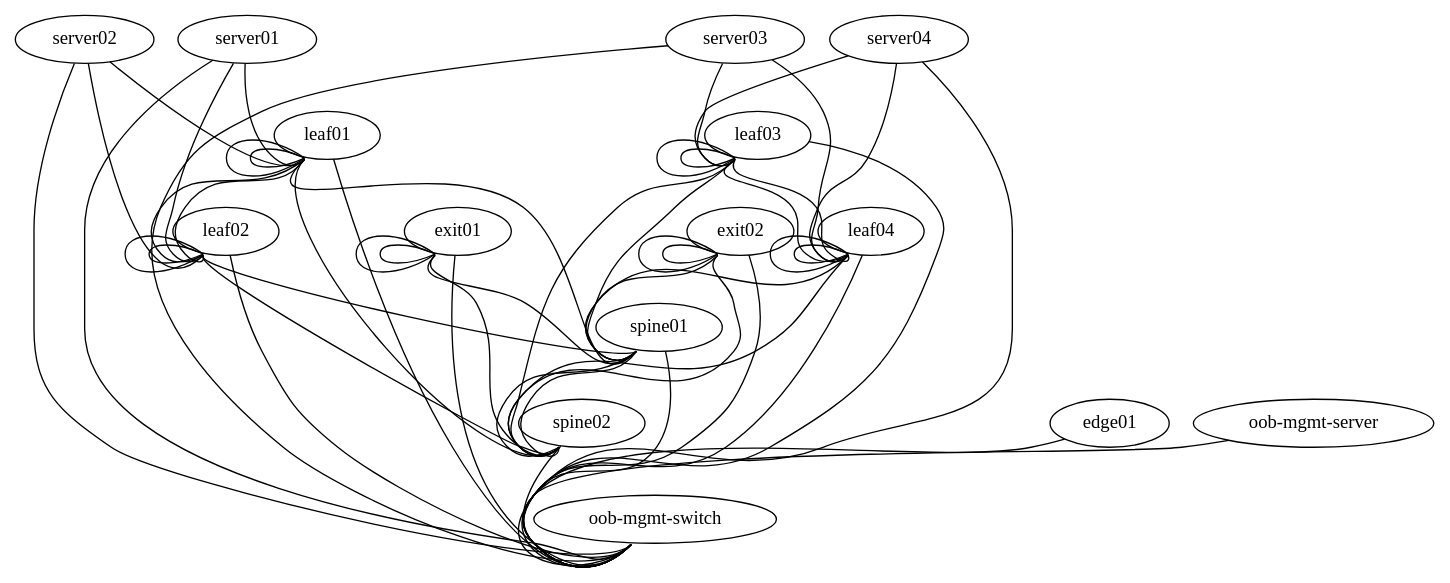
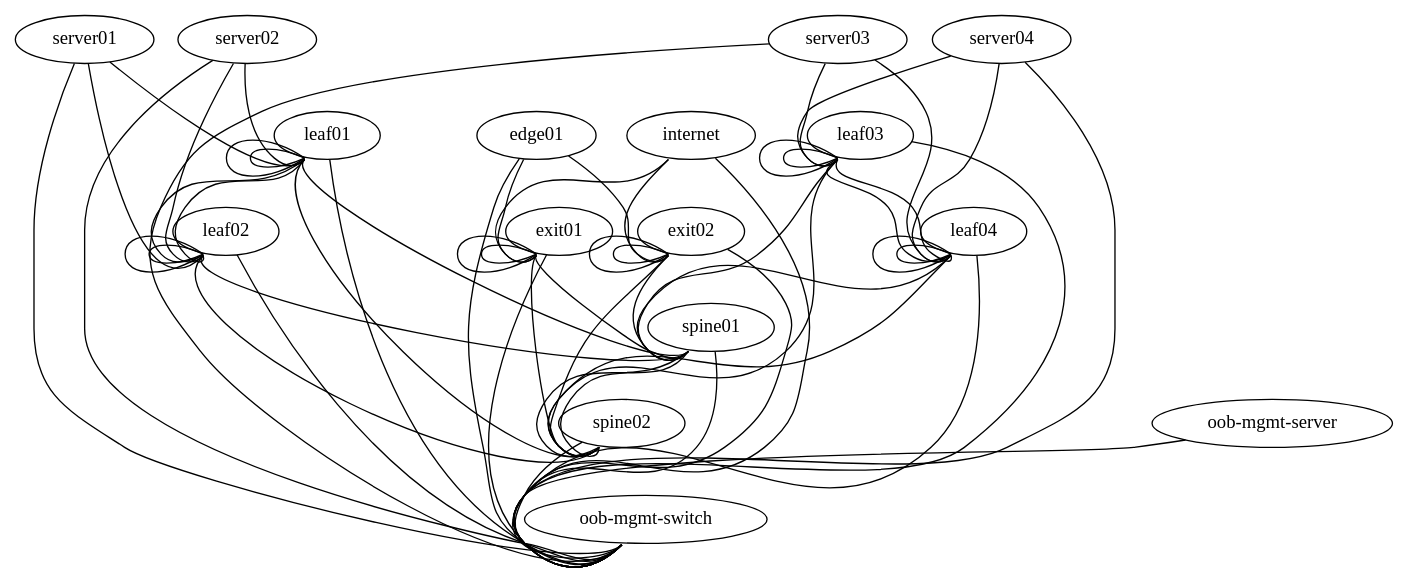
One commit to StefTN/cldemo-vagrant_quagga changed the diagram in topology.dot. Above: the diagram before and after it, drawn with Graphviz. The commit also changed 8 other files, not shown here.

```diff
--- a/topology.dot
+++ b/topology.dot
@@ -1,79 +1,84 @@
 graph vx {
  "leaf01" [function="leaf" os="CumulusCommunity/cumulus-vx" memory="512" config="./helper_scripts/config_switch.sh" mgmt_ip="192.168.0.11"]
  "leaf02" [function="leaf" os="CumulusCommunity/cumulus-vx" memory="512" config="./helper_scripts/config_switch.sh" mgmt_ip="192.168.0.12"]
  "leaf03" [function="leaf" os="CumulusCommunity/cumulus-vx" memory="512" config="./helper_scripts/config_switch.sh" mgmt_ip="192.168.0.13"]
  "leaf04" [function="leaf" os="CumulusCommunity/cumulus-vx" memory="512" config="./helper_scripts/config_switch.sh" mgmt_ip="192.168.0.14"]
  "spine01" [function="spine" os="CumulusCommunity/cumulus-vx" memory="512" config="./helper_scripts/config_switch.sh" mgmt_ip="192.168.0.21"]
  "spine02" [function="spine" os="CumulusCommunity/cumulus-vx" memory="512" config="./helper_scripts/config_switch.sh" mgmt_ip="192.168.0.22"]
  "exit01" [function="exit" os="CumulusCommunity/cumulus-vx" memory="512" config="./helper_scripts/config_switch.sh" mgmt_ip="192.168.0.41"]
  "exit02" [function="exit" os="CumulusCommunity/cumulus-vx" memory="512" config="./helper_scripts/config_switch.sh" mgmt_ip="192.168.0.42"]
  "server01" [function="host" os="boxcutter/ubuntu1404" memory="512" ubuntu=True config="./helper_scripts/config_server.sh" mgmt_ip="192.168.0.31"]
  "server02" [function="host" os="boxcutter/ubuntu1404" memory="512" ubuntu=True config="./helper_scripts/config_server.sh" mgmt_ip="192.168.0.32"]
  "server03" [function="host" os="boxcutter/ubuntu1404" memory="512" ubuntu=True config="./helper_scripts/config_server.sh" mgmt_ip="192.168.0.33"]
  "server04" [function="host" os="boxcutter/ubuntu1404" memory="512" ubuntu=True config="./helper_scripts/config_server.sh" mgmt_ip="192.168.0.34"]
  "edge01" [function="host" os="boxcutter/ubuntu1404" memory="512" ubuntu=True config="./helper_scripts/config_server.sh" mgmt_ip="192.168.0.51"]
- "oob-mgmt-switch" [function="oob-switch" vagrant=False os="CumulusCommunity/cumulus-vx" memory="256" config="./helper_scripts/config_oob_switch.sh" mgmt_ip="192.168.0.1"]
- "oob-mgmt-server" [function="oob-server" vagrant=False os="boxcutter/ubuntu1404" memory="1024" ubuntu=True config="./helper_scripts/config_oob_server.sh" mgmt_ip="192.168.0.254"]
+ "internet" [function="internet" vagrant="swp48" os="CumulusCommunity/cumulus-vx" memory="256" config="./helper_scripts/config_internet.sh" mgmt_ip="192.168.0.253"]
+ "oob-mgmt-switch" [function="oob-switch" vagrant="eth0" os="CumulusCommunity/cumulus-vx" memory="256" config="./helper_scripts/config_oob_switch.sh" mgmt_ip="192.168.0.1"]
+ "oob-mgmt-server" [function="oob-server" ansible=True vagrant="eth0" os="boxcutter/ubuntu1404" memory="1024" ubuntu=True config="./helper_scripts/config_oob_server.sh" mgmt_ip="192.168.0.254"]
 
  "leaf01":"swp51" -- "spine01":"swp1"
  "leaf02":"swp51" -- "spine01":"swp2"
  "leaf03":"swp51" -- "spine01":"swp3"
  "leaf04":"swp51" -- "spine01":"swp4"
  "leaf01":"swp52" -- "spine02":"swp1"
  "leaf02":"swp52" -- "spine02":"swp2"
  "leaf03":"swp52" -- "spine02":"swp3"
  "leaf04":"swp52" -- "spine02":"swp4"
 
  "leaf01":"swp49" -- "leaf02":"swp49"
  "leaf01":"swp50" -- "leaf02":"swp50"
  "leaf03":"swp49" -- "leaf04":"swp49"
  "leaf03":"swp50" -- "leaf04":"swp50"
 
  "spine01":"swp31" -- "spine02":"swp31"
  "spine01":"swp32" -- "spine02":"swp32"
 
  "server01":"eth1" -- "leaf01":"swp1"
  "server01":"eth2" -- "leaf02":"swp1"
  "server02":"eth1" -- "leaf01":"swp2"
  "server02":"eth2" -- "leaf02":"swp2"
  "server03":"eth1" -- "leaf03":"swp1"
  "server03":"eth2" -- "leaf04":"swp1"
  "server04":"eth1" -- "leaf03":"swp2"
  "server04":"eth2" -- "leaf04":"swp2"
 
  "exit01":"swp51" -- "spine01":"swp30"
  "exit01":"swp52" -- "spine02":"swp30"
  "exit02":"swp51" -- "spine01":"swp29"
  "exit02":"swp52" -- "spine02":"swp29"
  "exit01":"swp45" -- "exit01":"swp46"
  "exit01":"swp47" -- "exit01":"swp48"
  "exit02":"swp45" -- "exit02":"swp46"
  "exit02":"swp47" -- "exit02":"swp48"
 
  "leaf01":"swp45" -- "leaf01":"swp46"
  "leaf01":"swp47" -- "leaf01":"swp48"
  "leaf02":"swp45" -- "leaf02":"swp46"
  "leaf02":"swp47" -- "leaf02":"swp48"
  "leaf03":"swp45" -- "leaf03":"swp46"
  "leaf03":"swp47" -- "leaf03":"swp48"
  "leaf04":"swp45" -- "leaf04":"swp46"
  "leaf04":"swp47" -- "leaf04":"swp48"
 
+ "internet":"swp1" -- "exit01":"swp44"
+ "internet":"swp2" -- "exit02":"swp44"
+
+ "edge01":"eth1" -- "exit01":"swp1"
+ "edge01":"eth2" -- "exit02":"swp1"
+
  "oob-mgmt-server":"eth1" -- "oob-mgmt-switch":"swp1"
- "server01":"eth0" -- "oob-mgmt-switch":"swp2" [left_mac="A00000000031"]
- "server02":"eth0" -- "oob-mgmt-switch":"swp3" [left_mac="A00000000032"]
- "server03":"eth0" -- "oob-mgmt-switch":"swp4" [left_mac="A00000000033"]
- "server04":"eth0" -- "oob-mgmt-switch":"swp5" [left_mac="A00000000034"]
- "leaf01":"eth0" -- "oob-mgmt-switch":"swp6" [left_mac="A00000000011"]
- "leaf02":"eth0" -- "oob-mgmt-switch":"swp7" [left_mac="A00000000012"]
- "leaf03":"eth0" -- "oob-mgmt-switch":"swp8" [left_mac="A00000000013"]
- "leaf04":"eth0" -- "oob-mgmt-switch":"swp9" [left_mac="A00000000014"]
- "spine01":"eth0" -- "oob-mgmt-switch":"swp10" [left_mac="A00000000021"]
- "spine02":"eth0" -- "oob-mgmt-switch":"swp11" [left_mac="A00000000022"]
- "exit01":"eth0" -- "oob-mgmt-switch":"swp12" [left_mac="A00000000041"]
- "exit02":"eth0" -- "oob-mgmt-switch":"swp13" [left_mac="A00000000042"]
- "edge01":"eth0" -- "oob-mgmt-switch":"swp14" [left_mac="A00000000051"]
-
-
-
+ "server01":"eth0" -- "oob-mgmt-switch":"swp2" [left_mac="A0:00:00:00:00:31"]
+ "server02":"eth0" -- "oob-mgmt-switch":"swp3" [left_mac="A0:00:00:00:00:32"]
+ "server03":"eth0" -- "oob-mgmt-switch":"swp4" [left_mac="A0:00:00:00:00:33"]
+ "server04":"eth0" -- "oob-mgmt-switch":"swp5" [left_mac="A0:00:00:00:00:34"]
+ "leaf01":"eth0" -- "oob-mgmt-switch":"swp6" [left_mac="A0:00:00:00:00:11"]
+ "leaf02":"eth0" -- "oob-mgmt-switch":"swp7" [left_mac="A0:00:00:00:00:12"]
+ "leaf03":"eth0" -- "oob-mgmt-switch":"swp8" [left_mac="A0:00:00:00:00:13"]
+ "leaf04":"eth0" -- "oob-mgmt-switch":"swp9" [left_mac="A0:00:00:00:00:14"]
+ "spine01":"eth0" -- "oob-mgmt-switch":"swp10" [left_mac="A0:00:00:00:00:21"]
+ "spine02":"eth0" -- "oob-mgmt-switch":"swp11" [left_mac="A0:00:00:00:00:22"]
+ "exit01":"eth0" -- "oob-mgmt-switch":"swp12" [left_mac="A0:00:00:00:00:41"]
+ "exit02":"eth0" -- "oob-mgmt-switch":"swp13" [left_mac="A0:00:00:00:00:42"]
+ "edge01":"eth0" -- "oob-mgmt-switch":"swp14" [left_mac="A0:00:00:00:00:51"]
+ "internet":"eth0" -- "oob-mgmt-switch":"swp15"
 }
```
